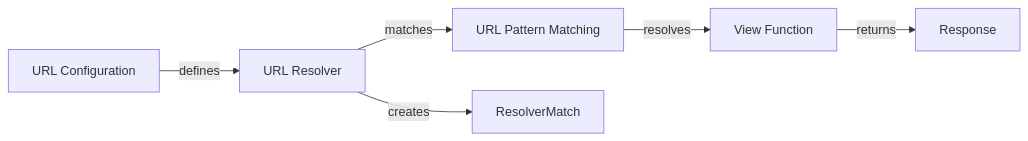
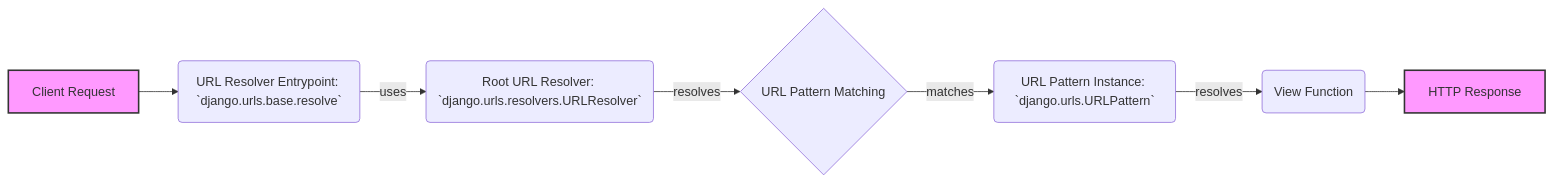
The diagram in django/URL Routing.md (CodeBoarding/GeneratedOnBoardings), drawn with Mermaid before and after one commit. The commit also changed other lines of this file and 11 other files, not shown here.

````diff
--- a/django/URL Routing.md
+++ b/django/URL Routing.md
@@ -1,8 +5,12 @@
 ```mermaid
 graph LR
-    Config["URL Configuration"] -- defines --> Resolver["URL Resolver"] -- matches --> Pattern["URL Pattern Matching"] -- resolves --> View["View Function"]
-    Resolver -- creates --> Match["ResolverMatch"]
-    View -- returns --> Response
+    ClientRequest[Client Request] --> URLResolverEntrypoint(URL Resolver Entrypoint: `django.urls.base.resolve`)
+    URLResolverEntrypoint -- uses --> RootURLResolver(Root URL Resolver: `django.urls.resolvers.URLResolver`)
+    RootURLResolver -- resolves --> URLPatternMatching{URL Pattern Matching}
+    URLPatternMatching -- matches --> URLPatternInstance(URL Pattern Instance: `django.urls.URLPattern`)
+    URLPatternInstance -- resolves --> ViewFunction(View Function)
+    ViewFunction --> HTTPResponse[HTTP Response]
 
-
+    style ClientRequest fill:#f9f,stroke:#333,stroke-width:2px
+    style HTTPResponse fill:#f9f,stroke:#333,stroke-width:2px
 ```
````
